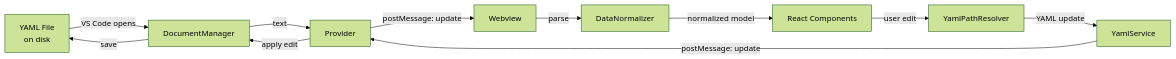
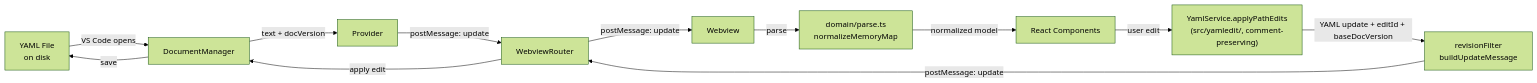
Before and after one commit to bleviet/ipcraft-vscode: the diagram in docs/concepts/yaml-data-flow.md, drawn with Mermaid (forest theme). The commit also changed other lines of this file and 78 other files, not shown here.

````diff
--- a/docs/concepts/yaml-data-flow.md
+++ b/docs/concepts/yaml-data-flow.md
@@ -7,13 +7,14 @@
 ```mermaid
 graph LR
     F["YAML File<br/>on disk"] -->|"VS Code opens"| D["DocumentManager"]
-    D -->|"text"| P["Provider"]
-    P -->|"postMessage: update"| W["Webview"]
-    W -->|"parse"| N["DataNormalizer"]
+    D -->|"text + docVersion"| P["Provider"]
+    P -->|"postMessage: update"| R["WebviewRouter"]
+    R -->|"postMessage: update"| W["Webview"]
+    W -->|"parse"| N["domain/parse.ts<br/>normalizeMemoryMap"]
     N -->|"normalized model"| UI["React Components"]
-    UI -->|"user edit"| Y["YamlPathResolver"]
-    Y -->|"YAML update"| S["YamlService"]
-    S -->|"postMessage: update"| P
-    P -->|"apply edit"| D
+    UI -->|"user edit"| Y["YamlService.applyPathEdits<br/>(src/yamledit/, comment-preserving)"]
+    Y -->|"YAML update + editId + baseDocVersion"| S["revisionFilter<br/>buildUpdateMessage"]
+    S -->|"postMessage: update"| R
+    R -->|"apply edit"| D
     D -->|"save"| F
 ```
````
